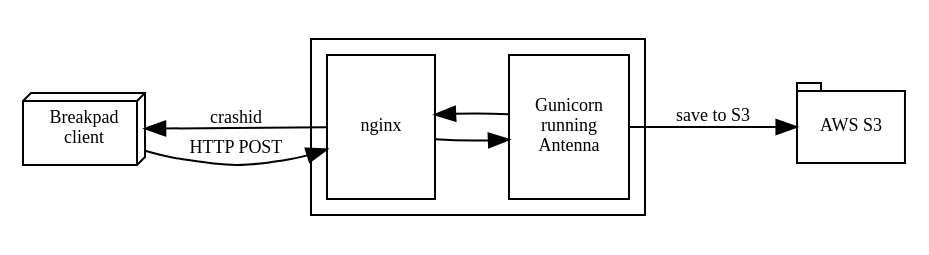
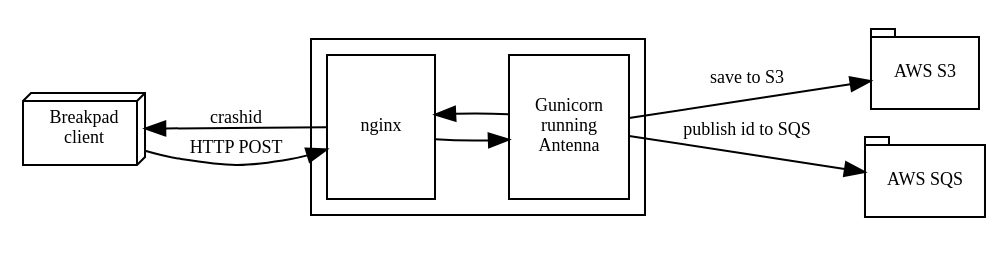
Before and after one commit to mozilla-services/antenna: the diagram in docs/architecture.rst, drawn with Graphviz. The commit also changed other lines of this file and 7 other files, not shown here.

```diff
--- a/docs/architecture.rst
+++ b/docs/architecture.rst
@@ -47,34 +49,36 @@
 .. graphviz::
 
    digraph G {
        edge [
            fontsize=9
        ];
        node [
            shape=box,
            fontsize=9
        ];
 
        rankdir=LR;
 
        subgraph clusternode {
            rank=same;
 
            nginx [shape=box, label="nginx", height=1];
            antenna [shape=box, label="Gunicorn\nrunning\nAntenna", height=1];
        }
 
        client [shape=box3d, label="Breakpad\nclient"];
        awss3 [shape=tab, label="AWS S3"];
+       awssqs [shape=tab, label="AWS SQS"];
 
        client -> nginx [label="HTTP POST"];
 
        nginx -> antenna;
        antenna -> nginx;
 
        nginx -> client [label="crashid"];
        antenna -> awss3 [label="save to S3"];
+       antenna -> awssqs [label="publish id to SQS"];
 
        { rank=min; client; }
        { rank=max; awss3; }
    }
```
